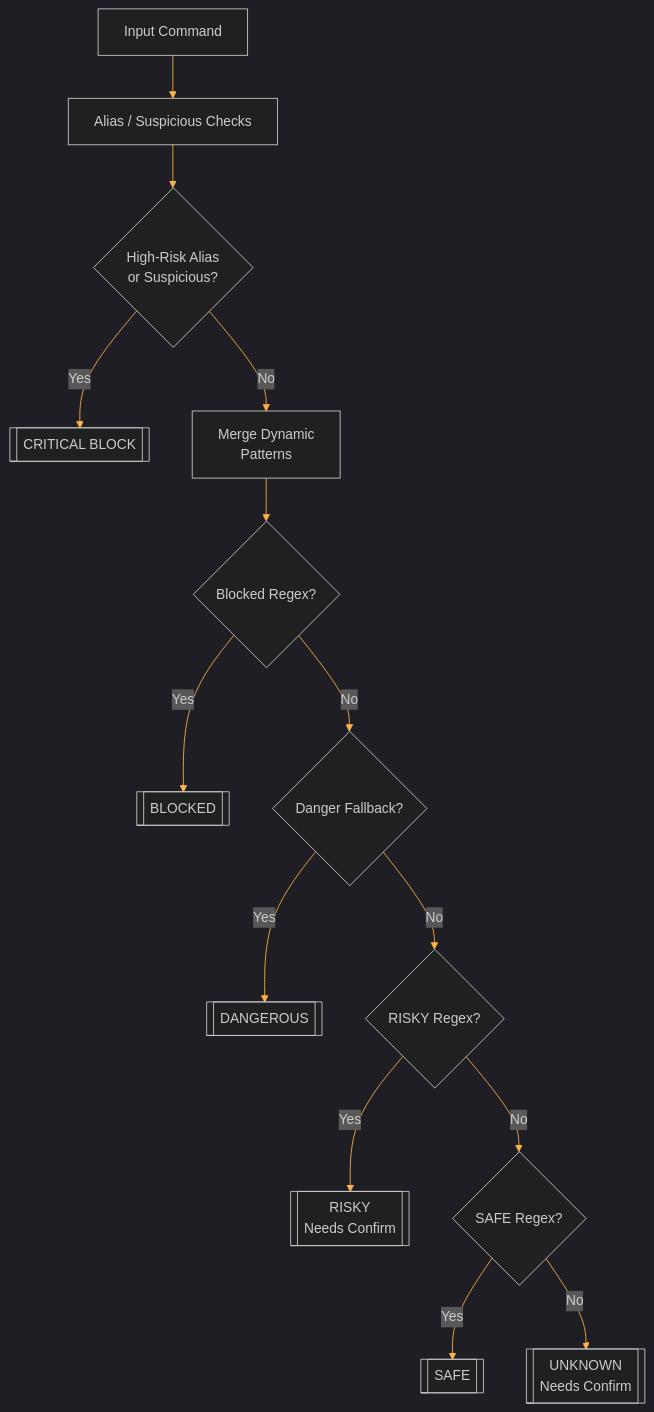
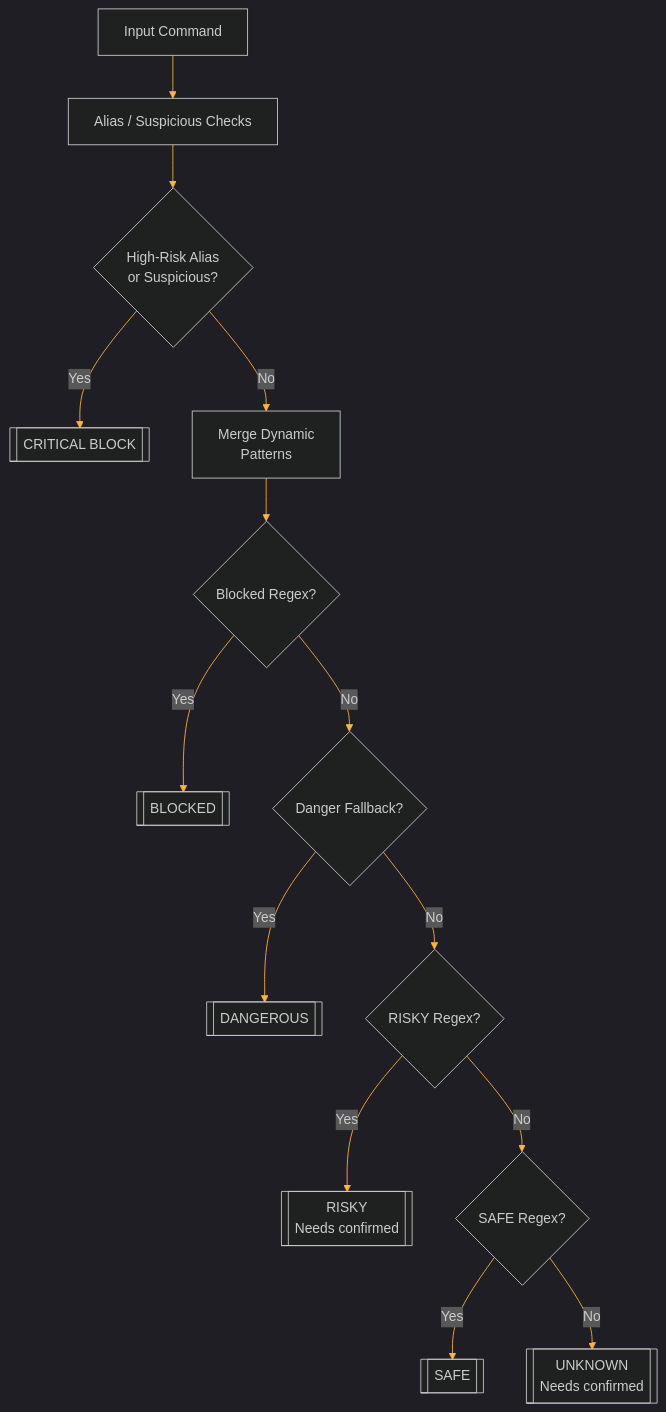
One commit to jagilber-org/powershell-mcp-server changed the third of 10 diagrams in docs/ARCHITECTURE.md. Above: the diagram before and after it, drawn with Mermaid. The commit also changed other lines of this file and 50 other files, not shown here.

````diff
--- a/docs/ARCHITECTURE.md
+++ b/docs/ARCHITECTURE.md
@@ -112,17 +112,17 @@
 ```mermaid
 %%{init: {"theme":"dark","themeVariables": {"primaryColor": "#1e2730","primaryTextColor":"#e6f1ff","primaryBorderColor":"#ff7b72","lineColor":"#ffb347","secondaryColor":"#2a3542","tertiaryColor":"#16202a","fontFamily":"Segoe UI,Inter,Arial"}}}%%
 flowchart TD
     A[Input Command] --> B[Alias / Suspicious Checks]
     B --> C{High-Risk Alias\nor Suspicious?}
     C -->|Yes| CRIT[[CRITICAL BLOCK]]
     C -->|No| D[Merge Dynamic\nPatterns]
     D --> E{Blocked Regex?}
     E -->|Yes| BLK[[BLOCKED]]
     E -->|No| F{Danger Fallback?}
     F -->|Yes| DANG[[DANGEROUS]]
     F -->|No| G{RISKY Regex?}
-    G -->|Yes| RISKY[[RISKY\nNeeds Confirm]]
+    G -->|Yes| RISKY[[RISKY\nNeeds confirmed]]
     G -->|No| H{SAFE Regex?}
     H -->|Yes| SAFE[[SAFE]]
-    H -->|No| UNK[[UNKNOWN\nNeeds Confirm]]
+    H -->|No| UNK[[UNKNOWN\nNeeds confirmed]]
 ```
````
